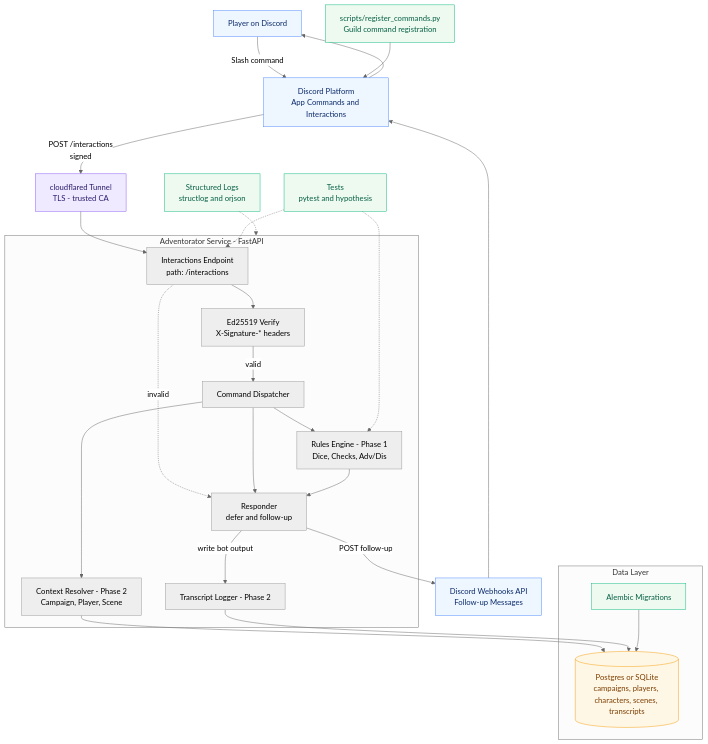
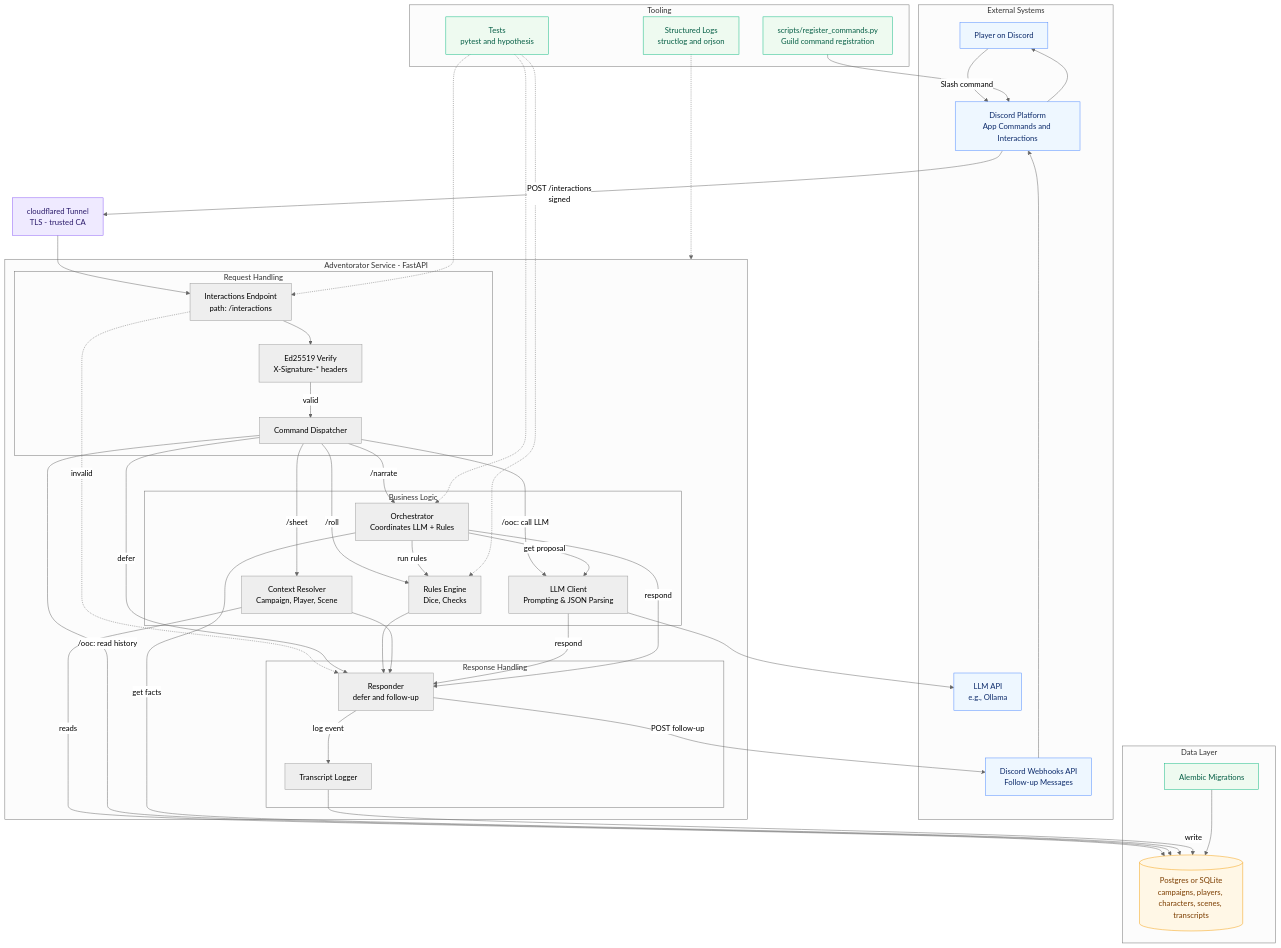
The first of 3 diagrams in README.md (crashtestbrandt/Adventorator), drawn with Mermaid (neutral theme) before and after one commit. The commit also changed other lines of this file, not shown here.

Commit message:
update diagrams in README for current state overview

````diff
--- a/README.md
+++ b/README.md
@@ -54,22 +56,35 @@
 ```mermaid
 flowchart TD
   %% === External ===
-  U[Player on Discord]:::ext
-  DP[Discord Platform<br/>App Commands and Interactions]:::ext
-  WH[Discord Webhooks API<br/>Follow-up Messages]:::ext
+  subgraph EXTERNAL[External Systems]
+    U[Player on Discord]:::ext
+    DP[Discord Platform<br/>App Commands and Interactions]:::ext
+    WH[Discord Webhooks API<br/>Follow-up Messages]:::ext
+    LLM[LLM API<br/>e.g., Ollama]:::ext
+  end
 
   %% === Network Edge ===
   CF[cloudflared Tunnel<br/>TLS - trusted CA]:::edge
 
   %% === App ===
   subgraph APP[Adventorator Service - FastAPI]
-    A[Interactions Endpoint<br/>path: /interactions]
-    SIG[Ed25519 Verify<br/>X-Signature-* headers]
-    DISP[Command Dispatcher]
-    RESP[Responder<br/>defer and follow-up]
-    RULES[Rules Engine - Phase 1<br/>Dice, Checks, Adv/Dis]
-    CTX[Context Resolver - Phase 2<br/>Campaign, Player, Scene]
-    TRANS[Transcript Logger - Phase 2]
+    subgraph REQUEST[Request Handling]
+      A[Interactions Endpoint<br/>path: /interactions]
+      SIG[Ed25519 Verify<br/>X-Signature-* headers]
+      DISP[Command Dispatcher]
+    end
+
+    subgraph BUSINESS[Business Logic]
+      RULES[Rules Engine<br/>Dice, Checks]
+      CTX[Context Resolver<br/>Campaign, Player, Scene]
+      LLMC[LLM Client<br/>Prompting & JSON Parsing]
+      ORCH[Orchestrator<br/>Coordinates LLM + Rules]
+    end
+
+    subgraph RESPONSE[Response Handling]
+      RESP[Responder<br/>defer and follow-up]
+      TRANS[Transcript Logger]
+    end
   end
 
   %% === Data ===
@@ -79,46 +94,57 @@
   end
 
   %% === Tooling ===
-  REG[scripts/register_commands.py<br/>Guild command registration]:::ops
-  LOG[Structured Logs<br/>structlog and orjson]:::ops
-  TEST[Tests<br/>pytest and hypothesis]:::ops
+  subgraph TOOLING[Tooling]
+    REG[scripts/register_commands.py<br/>Guild command registration]:::ops
+    LOG[Structured Logs<br/>structlog and orjson]:::ops
+    TEST[Tests<br/>pytest and hypothesis]:::ops
+  end
 
-  %% === Flows ===
+  %% === Ingress Flow ===
   U -->|Slash command| DP
   DP -->|POST /interactions<br/>signed| CF
   CF --> A
-
   A --> SIG
   SIG -->|valid| DISP
   A -.->|invalid| RESP
 
   %% Phase 0: immediate defer
-  DISP --> RESP
+  DISP -->|defer| RESP
 
-  %% Phase 1: deterministic mechanics
-  DISP --> RULES
+  %% === Command-Specific Flows ===
+  DISP -- "/roll" --> RULES
   RULES --> RESP
 
-  %% Phase 2: persistence and context
-  DISP --> CTX
-  CTX --> DB
-  RESP -->|write bot output| TRANS
-  TRANS --> DB
+  DISP -- "/sheet" --> CTX
+  CTX -->|reads| DB
+  CTX --> RESP
 
-  %% Follow-up delivery
+  DISP -- "/ooc: read history" --> DB
+  DISP -- "/ooc: call LLM" --> LLMC
+  LLMC --> LLM
+  LLMC -- "respond" --> RESP
+
+  DISP -- "/narrate" --> ORCH
+  ORCH -- "get facts" --> DB
+  ORCH -- "get proposal" --> LLMC
+  ORCH -- "run rules" --> RULES
+  ORCH -- "respond" --> RESP
+
+  %% === Egress & Logging (for all command flows) ===
+  RESP -- "log event" --> TRANS
+  TRANS -->|write| DB
   RESP -->|POST follow-up| WH
   WH --> DP --> U
 
-  %% Tooling edges
+  %% === Tooling Edges ===
   REG --> DP
   MIG --> DB
-  TEST -.-> RULES
-  TEST -.-> A
+  TEST -.-> RULES & ORCH & A
   LOG -.-> APP
 
-  %% Styles
+  %% === Styles ===
   classDef ext  fill:#eef7ff,stroke:#4e89ff,stroke-width:1px,color:#0d2b6b
   classDef edge fill:#efeaff,stroke:#8b5cf6,stroke-width:1px,color:#2b1b6b
   classDef data fill:#fff7e6,stroke:#f59e0b,stroke-width:1px,color:#7c3e00
-  classDef ops  fill:#eefaf0,stroke:#10b981,stroke-width:1px,color:#065f46 
+  classDef ops  fill:#eefaf0,stroke:#10b981,stroke-width:1px,color:#065f46
 ```
````
